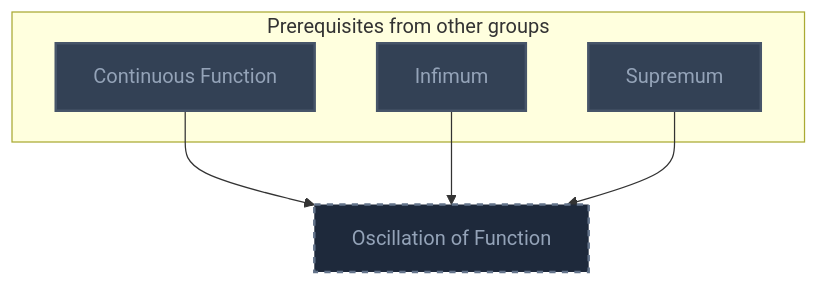
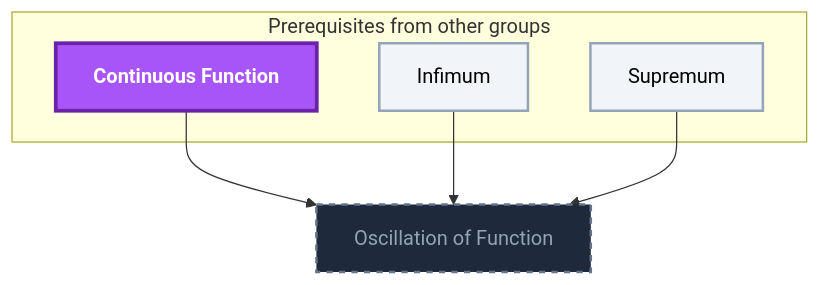
One commit to MRauf1/My-Notes changed diagram 18 of 22 in Gamification/Skill Trees/Real Analysis.md. Above: the diagram before and after it, drawn with Mermaid. The commit also changed other lines of this file and 156 other files, not shown here.

````diff
--- a/Gamification/Skill Trees/Real Analysis.md
+++ b/Gamification/Skill Trees/Real Analysis.md
@@ -1341,24 +1371,25 @@
 ```mermaid
 flowchart TD
     classDef planned fill:#1E293B,stroke:#64748B,stroke-width:2px,stroke-dasharray:5 5,color:#94A3B8;
     classDef locked fill:#334155,stroke:#475569,stroke-width:2px,color:#94A3B8;
     classDef L0 fill:#F1F5F9,stroke:#94A3B8,stroke-width:2px,color:#000000;
     classDef L1 fill:#22C55E,stroke:#15803D,stroke-width:2px,color:#000000;
     classDef L2 fill:#3B82F6,stroke:#1D4ED8,stroke-width:3px,color:#FFFFFF;
     classDef L3 fill:#A855F7,stroke:#6B21A8,stroke-width:3px,color:#FFFFFF,font-weight:bold;
     classDef L4 fill:#F97316,stroke:#C2410C,stroke-width:4px,color:#000000,font-weight:bold;
     classDef L5 fill:#FFD700,stroke:#FF8C00,stroke-width:5px,color:#000000,font-weight:bold;
     classDef rusty stroke:#8B4513,stroke-width:4px,stroke-dasharray:3 3;
     subgraph sg_prereqs["Prerequisites from other groups"]
         n_continuous_function["Continuous Function"]
         n_infimum["Infimum"]
         n_supremum["Supremum"]
     end
     n_oscillation_of_function["Oscillation of Function"]
     n_continuous_function --> n_oscillation_of_function
     n_infimum --> n_oscillation_of_function
     n_supremum --> n_oscillation_of_function
     class n_oscillation_of_function planned;
-    class n_continuous_function,n_infimum,n_supremum locked;
+    class n_infimum,n_supremum L0;
+    class n_continuous_function L3;
     class n_continuous_function,n_infimum,n_supremum internal-link;
 ```
````
